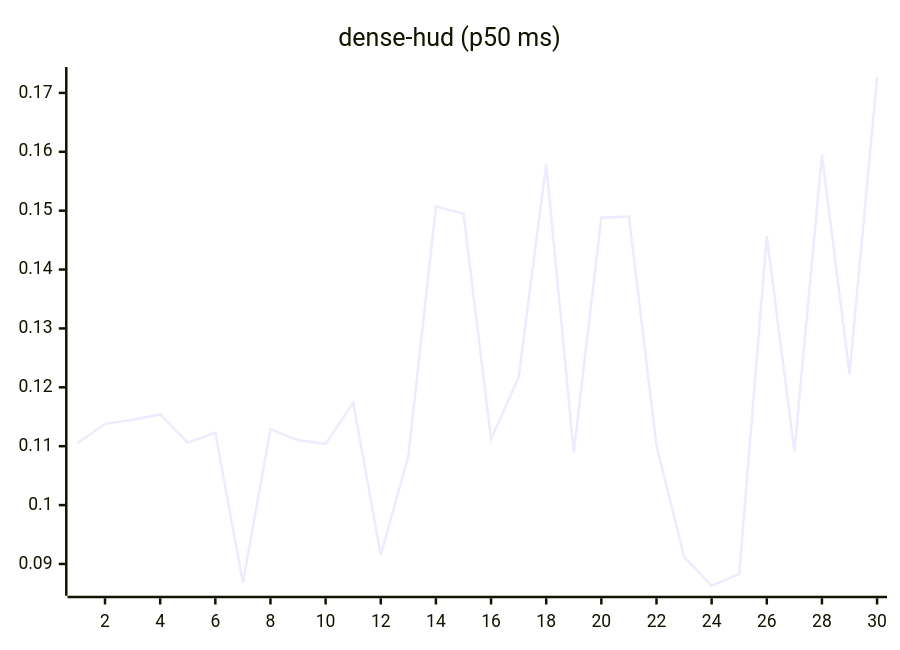
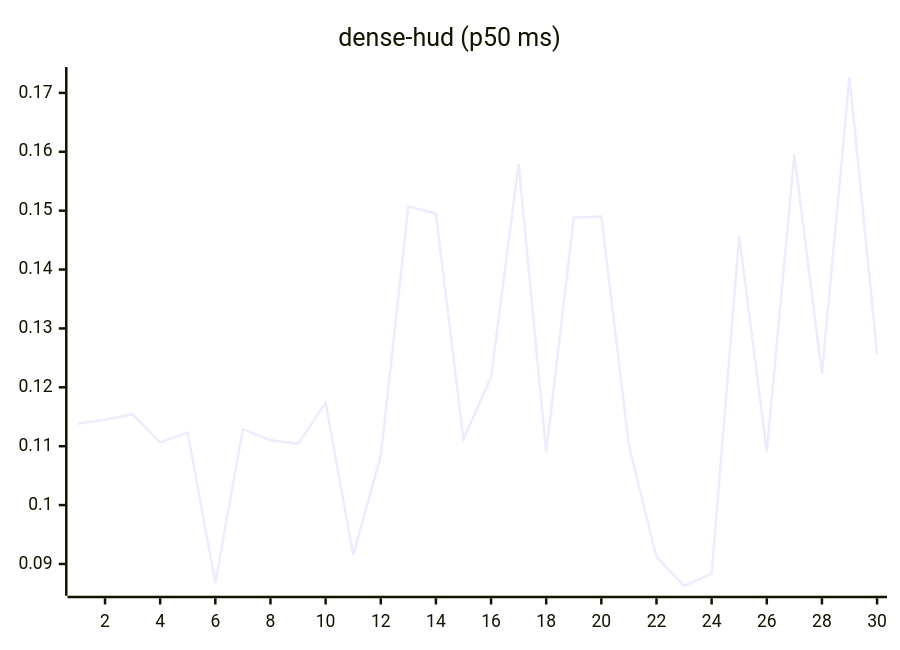
The eighth of 27 diagrams in README.md (josha/Facet), drawn with Mermaid before and after one commit. The commit also changed other lines of this file and 2 other files, not shown here.

````diff
--- a/README.md
+++ b/README.md
@@ -112,6 +112,6 @@
 ```mermaid
 xychart-beta
     title "dense-hud (p50 ms)"
     x-axis 1 --> 30
-    line [0.1105, 0.1138, 0.1145, 0.1154, 0.1106, 0.1123, 0.0868, 0.1129, 0.1110, 0.1104, 0.1174, 0.0915, 0.1083, 0.1507, 0.1495, 0.1112, 0.1217, 0.1579, 0.1090, 0.1488, 0.1490, 0.1101, 0.0912, 0.0863, 0.0883, 0.1457, 0.1091, 0.1595, 0.1223, 0.1727]
+    line [0.1138, 0.1145, 0.1154, 0.1106, 0.1123, 0.0868, 0.1129, 0.1110, 0.1104, 0.1174, 0.0915, 0.1083, 0.1507, 0.1495, 0.1112, 0.1217, 0.1579, 0.1090, 0.1488, 0.1490, 0.1101, 0.0912, 0.0863, 0.0883, 0.1457, 0.1091, 0.1595, 0.1223, 0.1727, 0.1257]
 ```
````
